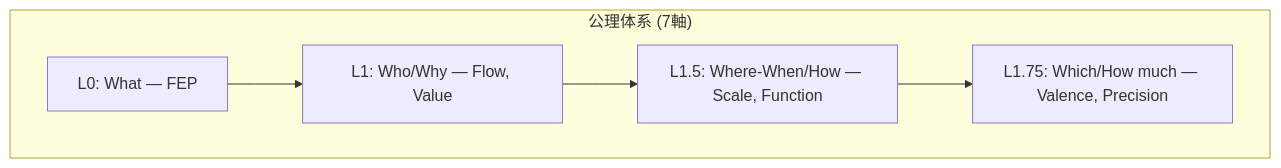
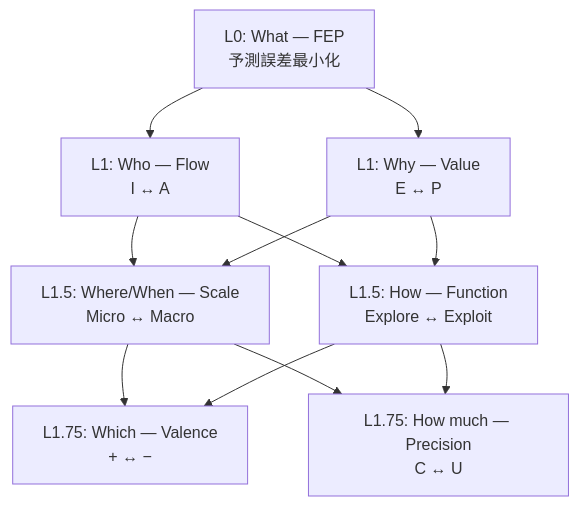
Before and after one commit to laihuip001/hegemonikon: the first of 2 diagrams in README.md, drawn with Mermaid. The commit also changed other lines of this file, not shown here.

Commit message:
docs: README.md v3.3 — 96要素体系修正 + mermaid図 + クイックスタート\n\n- Fix: 関係36→72, 総計60→96\n- Add: 公理階層 mermaid 体系図\n- Add: クイックスタートガイド\n- Add: プロジェクト構造ツリー\n- Add: 圏論基盤・Tech Stack セクション\n- Add: CCL 演算子表にパイプライン/並列を追加

````diff
--- a/README.md
+++ b/README.md
@@ -41,10 +40,13 @@
 ```mermaid
 graph TD
-    subgraph "公理体系 (7軸)"
-        L0["L0: What — FEP"]
-        L1["L1: Who/Why — Flow, Value"]
-        L15["L1.5: Where-When/How — Scale, Function"]
-        L175["L1.75: Which/How much — Valence, Precision"]
-        L0 --> L1 --> L15 --> L175
-    end
+    L0["L0: What — FEP<br>予測誤差最小化"]
+    L1a["L1: Who — Flow<br>I ↔ A"]
+    L1b["L1: Why — Value<br>E ↔ P"]
+    L15a["L1.5: Where/When — Scale<br>Micro ↔ Macro"]
+    L15b["L1.5: How — Function<br>Explore ↔ Exploit"]
+    L175a["L1.75: Which — Valence<br>+ ↔ −"]
+    L175b["L1.75: How much — Precision<br>C ↔ U"]
+    L0 --> L1a & L1b
+    L1a & L1b --> L15a & L15b
+    L15a & L15b --> L175a & L175b
 ```
````
